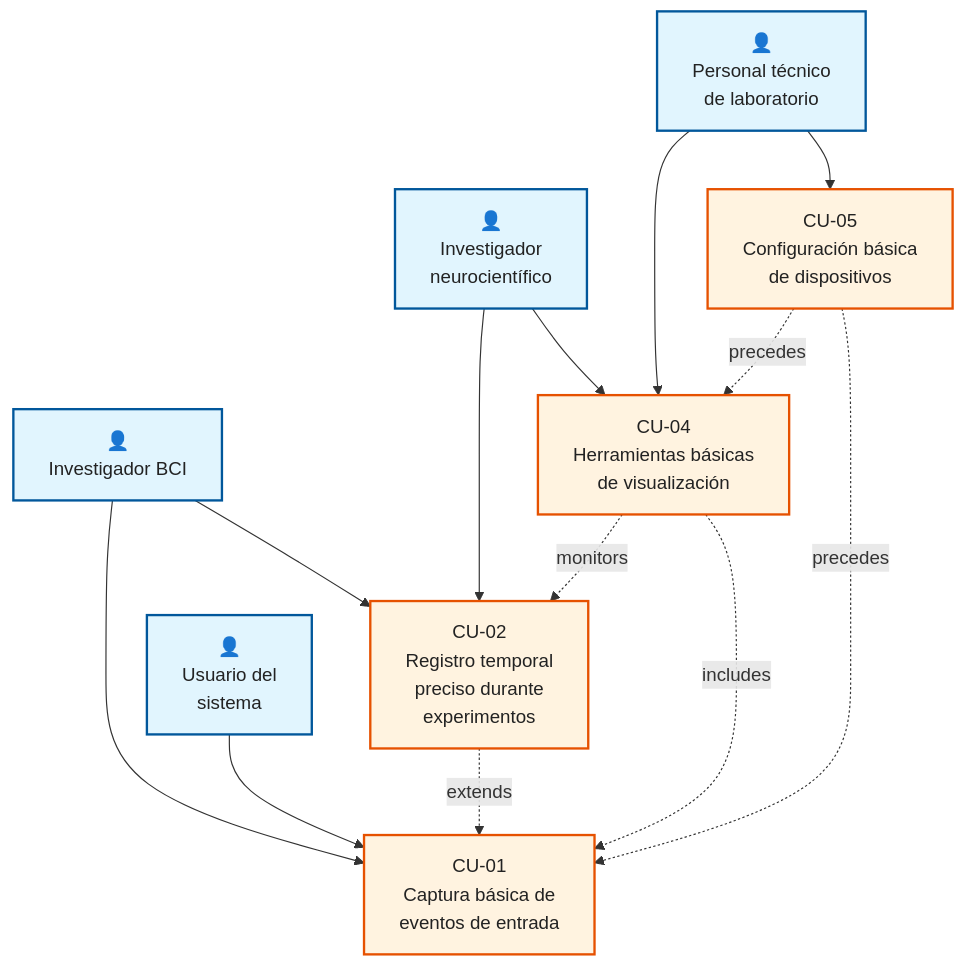
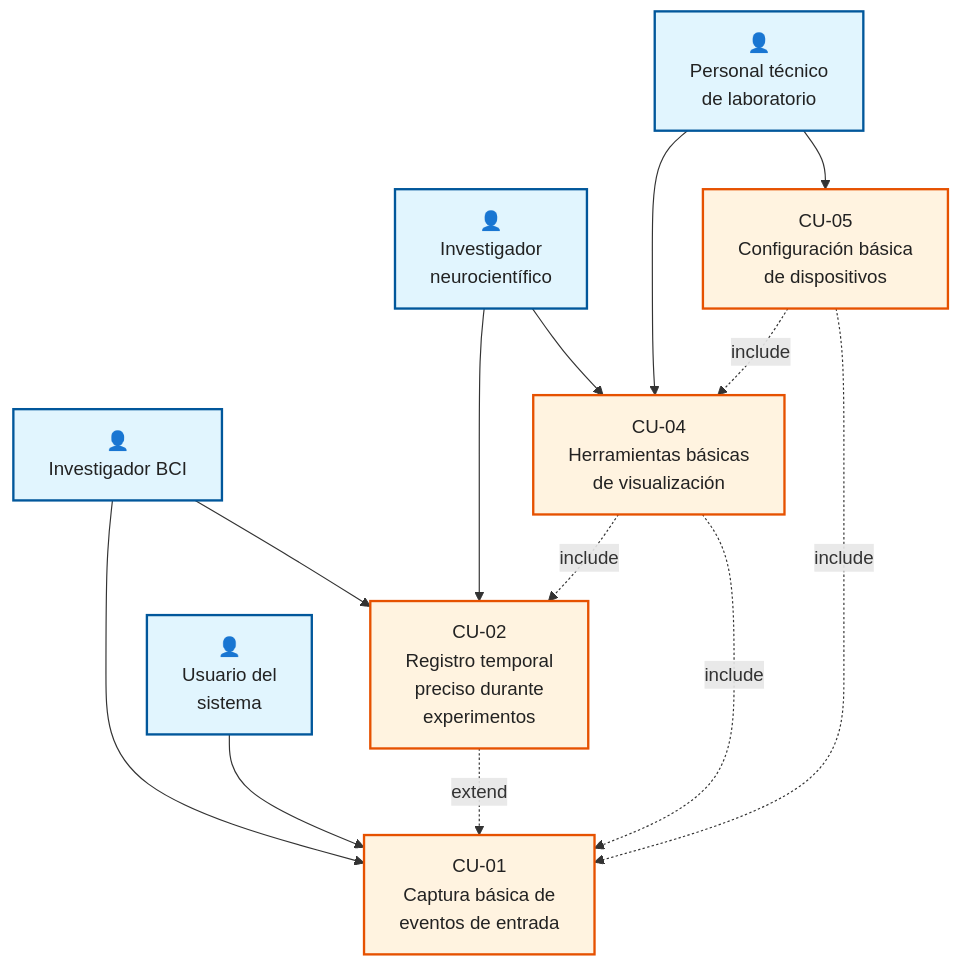
The diagram in Memoria_Latex/diagramas_casos_uso/casos_uso_it1.md (PabloSoage/NeuroSync-Framework), drawn with Mermaid before and after one commit. The commit also changed 6 other files, not shown here.

Commit message:
diagramas UML casos de uso

````diff
--- a/Memoria_Latex/diagramas_casos_uso/casos_uso_it1.md
+++ b/Memoria_Latex/diagramas_casos_uso/casos_uso_it1.md
@@ -1,37 +1,37 @@
 ```mermaid
 graph TB
     %% Actores
     InvBCI[👤<br/><span style='color:#222'>Investigador BCI</span>]
     InvNeuro[👤<br/><span style='color:#222'>Investigador<br/>neurocientífico</span>]
     TecLab[👤<br/><span style='color:#222'>Personal técnico<br/>de laboratorio</span>]
     Usuario[👤<br/><span style='color:#222'>Usuario del<br/>sistema</span>]
 
     %% Casos de uso
     CU01[<span style='color:#222'>CU-01<br/>Captura básica de<br/>eventos de entrada</span>]
     CU02[<span style='color:#222'>CU-02<br/>Registro temporal<br/>preciso durante<br/>experimentos</span>]
     CU04[<span style='color:#222'>CU-04<br/>Herramientas básicas<br/>de visualización</span>]
     CU05[<span style='color:#222'>CU-05<br/>Configuración básica<br/>de dispositivos</span>]
 
     %% Relaciones actores-casos de uso
     InvBCI --> CU01
     InvBCI --> CU02
     InvNeuro --> CU02
     InvNeuro --> CU04
     TecLab --> CU05
     TecLab --> CU04
     Usuario --> CU01
 
     %% Relaciones entre casos de uso (UML estándar)
-    CU02 -.->|extends| CU01
-    CU04 -.->|includes| CU01
-    CU05 -.->|precedes| CU01
-    CU05 -.->|precedes| CU04
-    CU04 -.->|monitors| CU02
+    CU02 -.->|extend| CU01
+    CU04 -.->|include| CU01
+    CU05 -.->|include| CU01
+    CU05 -.->|include| CU04
+    CU04 -.->|include| CU02
 
     %% Estilos
     classDef actor fill:#e1f5fe,stroke:#01579b,stroke-width:2px
     classDef usecase fill:#fff3e0,stroke:#e65100,stroke-width:2px
 
     class InvBCI,InvNeuro,TecLab,Usuario actor
     class CU01,CU02,CU04,CU05 usecase
 ```
````
